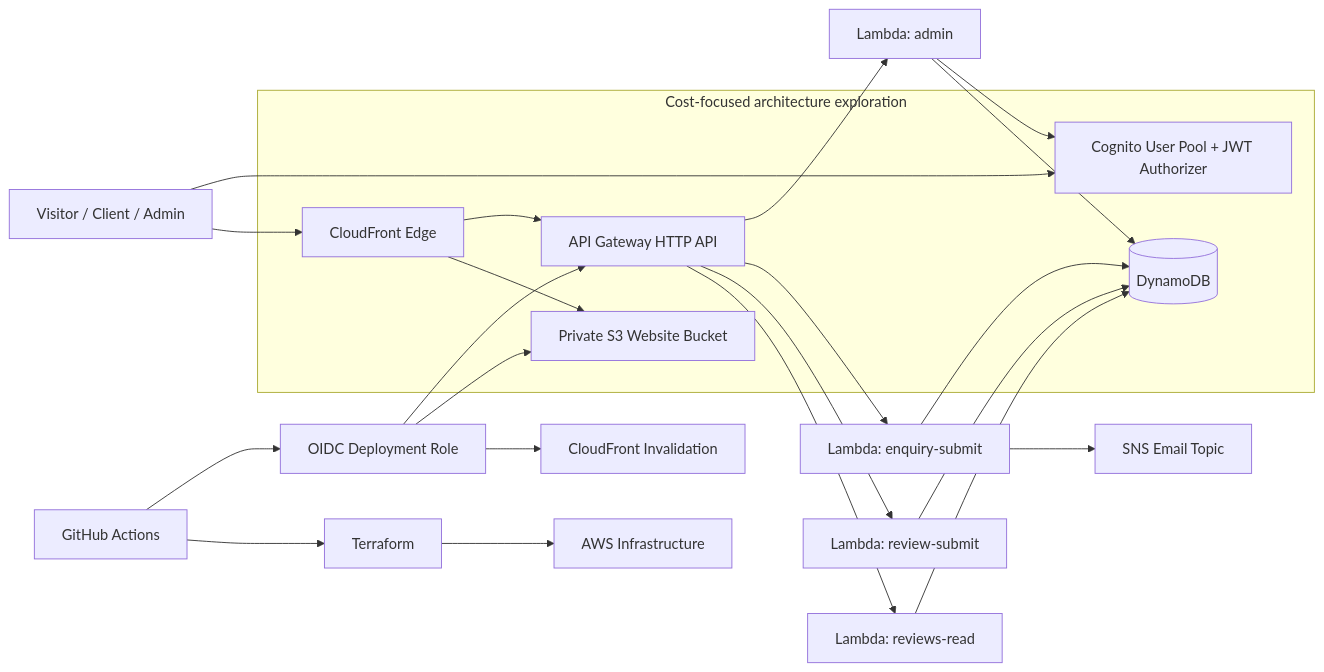
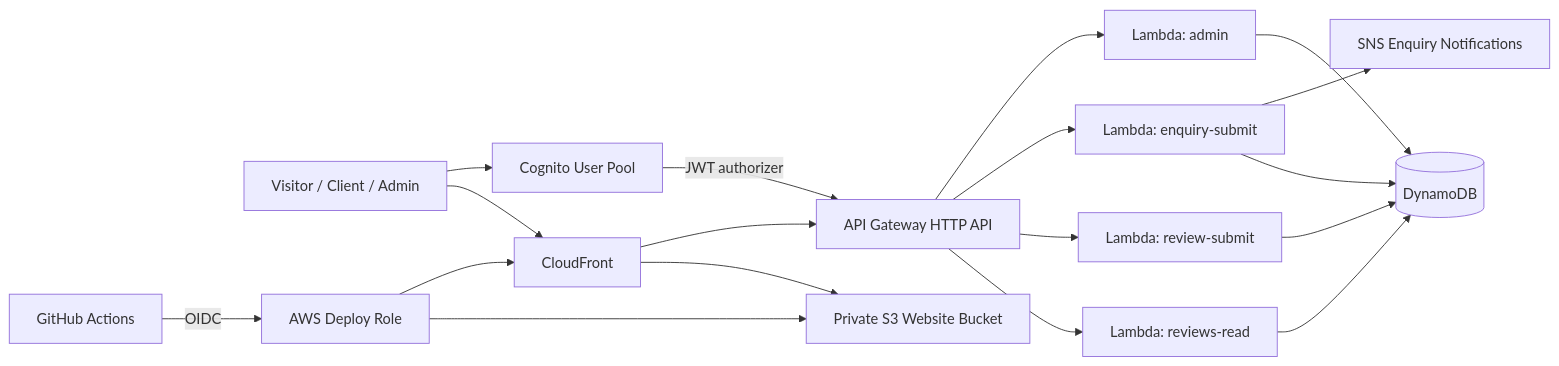
One commit to rico-del/Golden-Plate-Catering changed the diagram in README.md. Above: the diagram before and after it, drawn with Mermaid. The commit also changed other lines of this file and 17 other files, not shown here.

Commit message:
Add manual-gate serverless deploy workflow and Terraform stack

````diff
--- a/README.md
+++ b/README.md
@@ -45,35 +11,23 @@
 ```mermaid
 flowchart LR
-    User[Visitor / Client / Admin] --> CDN[CloudFront Edge]
+    User[Visitor / Client / Admin] --> CDN[CloudFront]
     CDN --> S3[Private S3 Website Bucket]
     CDN --> API[API Gateway HTTP API]
 
     API --> R1[Lambda: reviews-read]
     API --> R2[Lambda: review-submit]
     API --> R3[Lambda: enquiry-submit]
     API --> R4[Lambda: admin]
 
     R1 --> DDB[(DynamoDB)]
     R2 --> DDB
     R3 --> DDB
     R4 --> DDB
-    R3 --> SNS[SNS Email Topic]
+    R3 --> SNS[SNS Enquiry Notifications]
 
-    R4 --> Cognito[Cognito User Pool + JWT Authorizer]
-    User --> Cognito
-
-    GH[GitHub Actions] --> TF[Terraform]
-    TF --> AWS[AWS Infrastructure]
-    GH --> OIDC[OIDC Deployment Role]
-    OIDC --> S3
-    OIDC --> API
-    OIDC --> Cloudfront[CloudFront Invalidation]
-
-    subgraph " Cost-focused architecture exploration "
-        CDN
-        S3
-        API
-        DDB
-        Cognito
-    end
+    User --> Cognito[Cognito User Pool]
+    Cognito -->|JWT authorizer| API
+    GH[GitHub Actions] -->|OIDC| DeployRole[AWS Deploy Role]
+    DeployRole --> S3
+    DeployRole --> CDN
 ```
````
